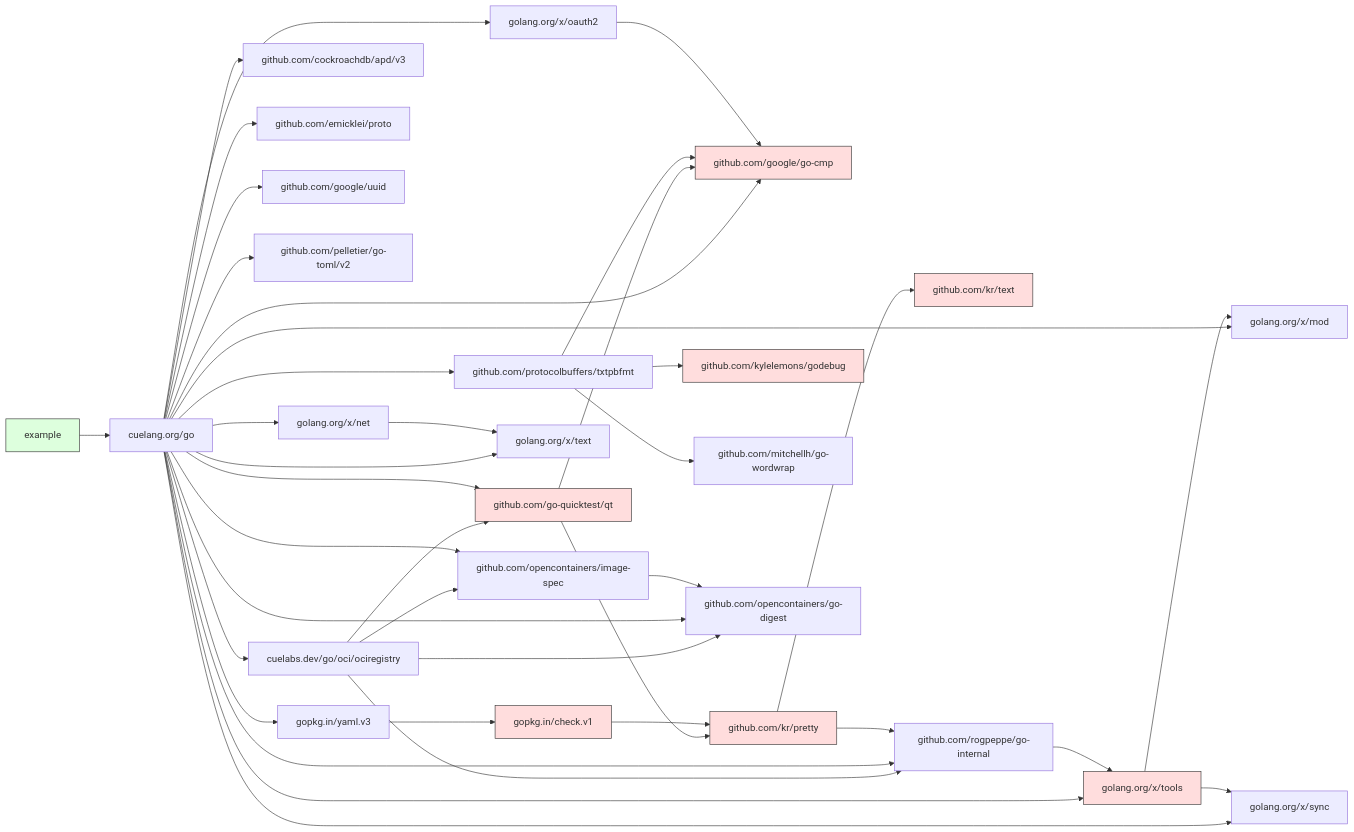
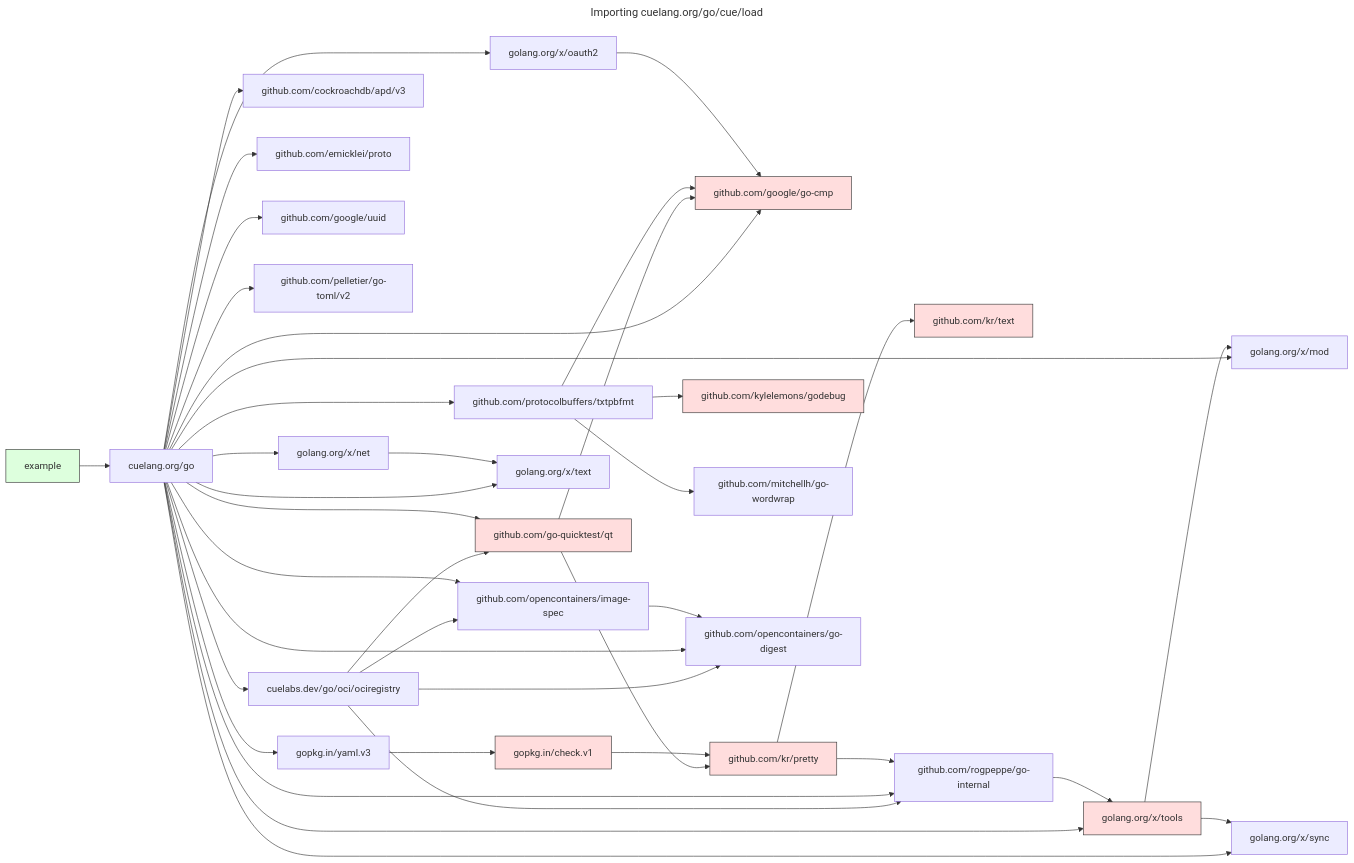
The second of 3 diagrams in mkdocs/preprocessor/content/docs/concept/understanding-cue-go-module-dependencies/en.md (cue-lang/cuelang.org), drawn with Mermaid before and after one commit. The commit also changed other lines of this file and 6 other files, not shown here.

First line of the commit message:
mkdocs: replace Hugo mermaid shortcode with code block with mkdocs-refactor/mermaid-transform.bash

````diff
--- a/mkdocs/preprocessor/content/docs/concept/understanding-cue-go-module-dependencies/en.md
+++ b/mkdocs/preprocessor/content/docs/concept/understanding-cue-go-module-dependencies/en.md
@@ -149,70 +152,73 @@
-{{< mermaid caption="Importing cuelang.org/go/cue/load" >}}
+``` mermaid
+---
+title: "Importing cuelang.org/go/cue/load"
+---
 graph LR
     N0["cuelabs.dev/go/oci/ociregistry"]
     N1["cuelang.org/go"]
     N2["example"]
     N3["github.com/cockroachdb/apd/v3"]
     N4["github.com/emicklei/proto"]
     N5["github.com/go-quicktest/qt"]
     N6["github.com/google/go-cmp"]
     N7["github.com/google/uuid"]
     N8["github.com/kr/pretty"]
     N9["github.com/kr/text"]
     N10["github.com/kylelemons/godebug"]
     N11["github.com/mitchellh/go-wordwrap"]
     N12["github.com/opencontainers/go-digest"]
     N13["github.com/opencontainers/image-spec"]
     N14["github.com/pelletier/go-toml/v2"]
     N15["github.com/protocolbuffers/txtpbfmt"]
     N16["github.com/rogpeppe/go-internal"]
     N17["golang.org/x/mod"]
     N18["golang.org/x/net"]
     N19["golang.org/x/oauth2"]
     N20["golang.org/x/sync"]
     N21["golang.org/x/text"]
     N22["golang.org/x/tools"]
     N23["gopkg.in/check.v1"]
     N24["gopkg.in/yaml.v3"]
     N0 --> N5
     N0 --> N12
     N0 --> N13
     N0 --> N16
     N1 --> N0
     N1 --> N3
     N1 --> N4
     N1 --> N5
     N1 --> N6
     N1 --> N7
     N1 --> N12
     N1 --> N13
     N1 --> N14
     N1 --> N15
     N1 --> N16
     N1 --> N17
     N1 --> N18
     N1 --> N19
     N1 --> N20
     N1 --> N21
     N1 --> N22
     N1 --> N24
     N2 --> N1
     N5 --> N6
     N5 --> N8
     N8 --> N9
     N8 --> N16
     N13 --> N12
     N15 --> N6
     N15 --> N10
     N15 --> N11
     N16 --> N22
     N18 --> N21
     N19 --> N6
     N22 --> N17
     N22 --> N20
     N23 --> N8
     N24 --> N23
     classDef red fill:#ffdddd,stroke:#333,stroke-width:1px;
     class N5,N6,N8,N9,N10,N22,N23 red;
     classDef green fill:#ddffdd,stroke:#333,stroke-width:1px;
     class N2 green;
-{{< /mermaid >}}
+```
````
